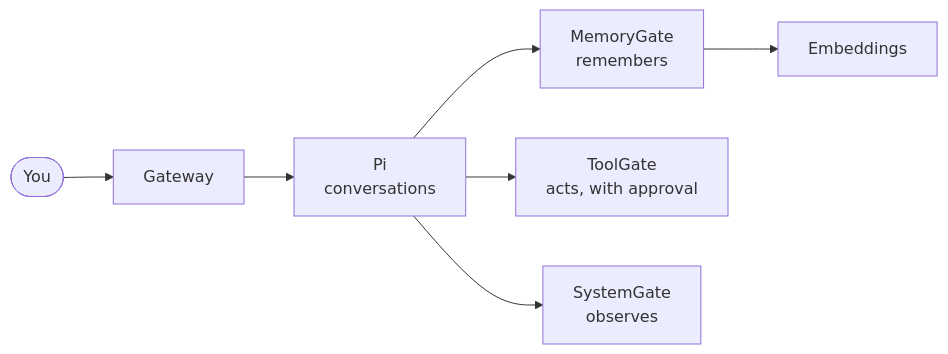
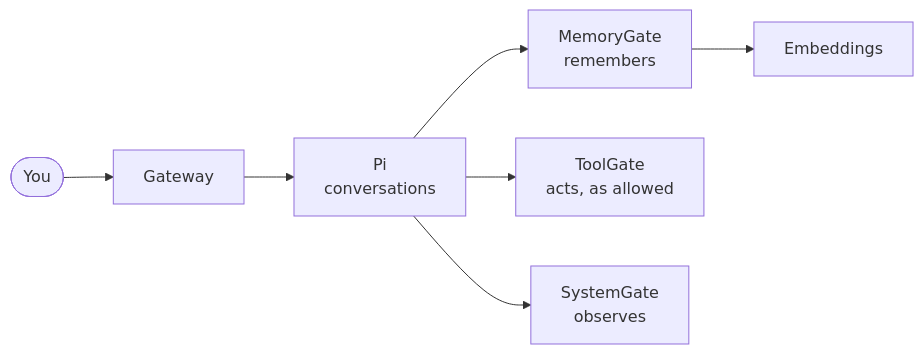
One commit to Conker-AI/.github changed the diagram in profile/README.md. Above: the diagram before and after it, drawn with Mermaid. The commit also changed other lines of this file, not shown here.

````diff
--- a/profile/README.md
+++ b/profile/README.md
@@ -20,8 +23,8 @@
 ```mermaid
 flowchart LR
     You([You]) --> GW[Gateway] --> Pi[Pi<br/>conversations]
     Pi --> MG[MemoryGate<br/>remembers]
-    Pi --> TG[ToolGate<br/>acts, with approval]
+    Pi --> TG[ToolGate<br/>acts, as allowed]
     Pi --> SG[SystemGate<br/>observes]
     MG --> EM[Embeddings]
 ```
````
